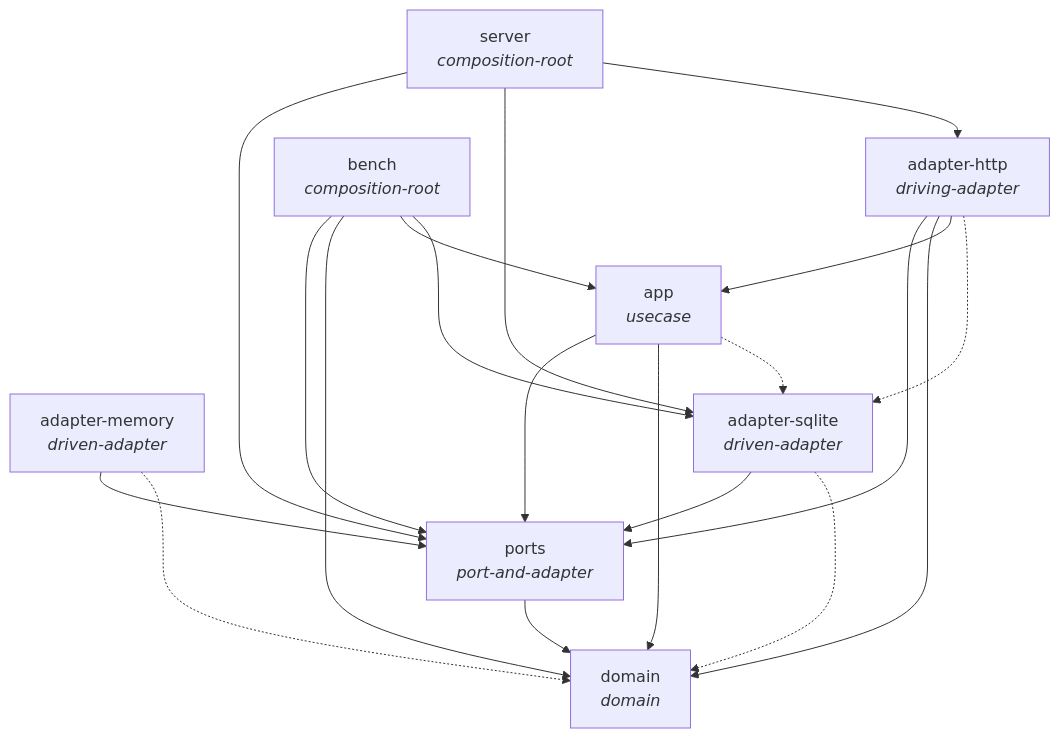
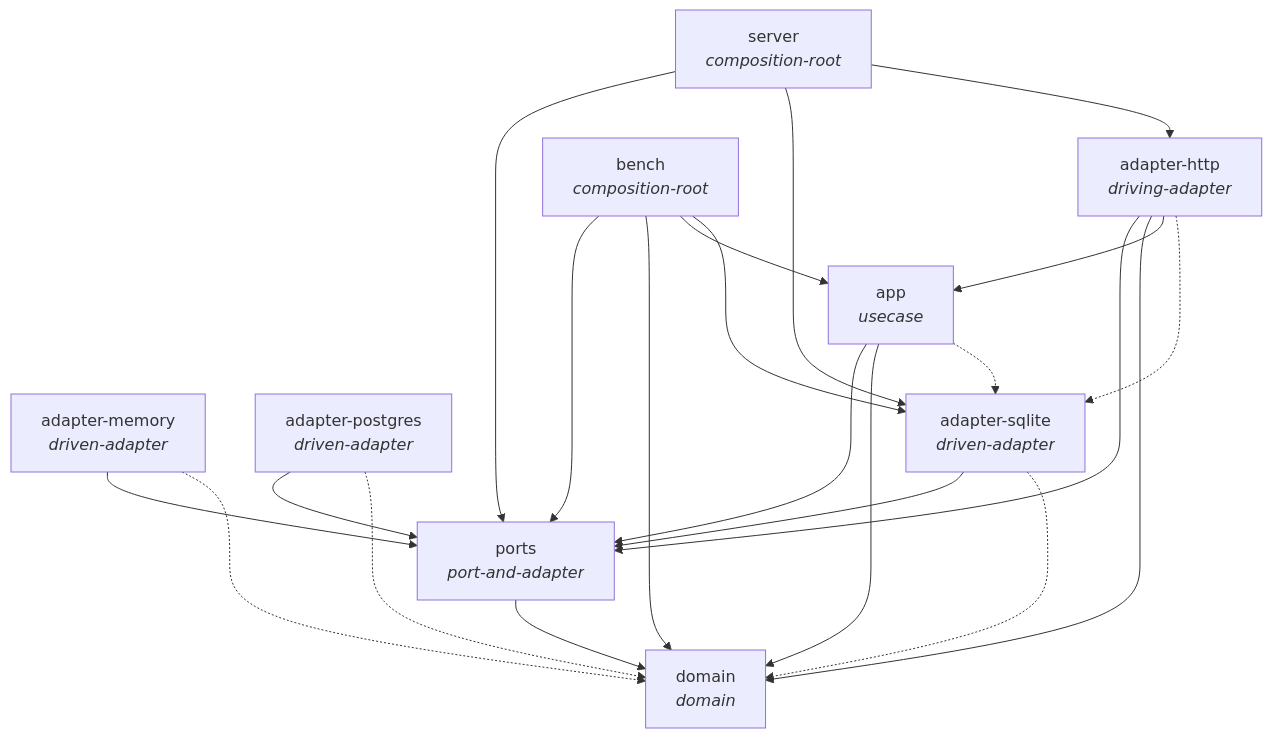
The diagram in docs/views/crates.md (igouss/rust-service-architecture), drawn with Mermaid before and after one commit. The commit also changed 24 other files, not shown here.

````diff
--- a/docs/views/crates.md
+++ b/docs/views/crates.md
@@ -6,30 +6,33 @@
 ```mermaid
 graph TD
     adapter_http["adapter-http<br/><i>driving-adapter</i>"]
     adapter_memory["adapter-memory<br/><i>driven-adapter</i>"]
+    adapter_postgres["adapter-postgres<br/><i>driven-adapter</i>"]
     adapter_sqlite["adapter-sqlite<br/><i>driven-adapter</i>"]
     app["app<br/><i>usecase</i>"]
     bench["bench<br/><i>composition-root</i>"]
     domain["domain<br/><i>domain</i>"]
     ports["ports<br/><i>port-and-adapter</i>"]
     server["server<br/><i>composition-root</i>"]
     adapter_http -.-> adapter_sqlite
     adapter_http --> app
     adapter_http --> domain
     adapter_http --> ports
     adapter_memory -.-> domain
     adapter_memory --> ports
+    adapter_postgres -.-> domain
+    adapter_postgres --> ports
     adapter_sqlite -.-> domain
     adapter_sqlite --> ports
     app -.-> adapter_sqlite
     app --> domain
     app --> ports
     bench --> adapter_sqlite
     bench --> app
     bench --> domain
     bench --> ports
     ports --> domain
     server --> adapter_http
     server --> adapter_sqlite
     server --> ports
 ```
````
